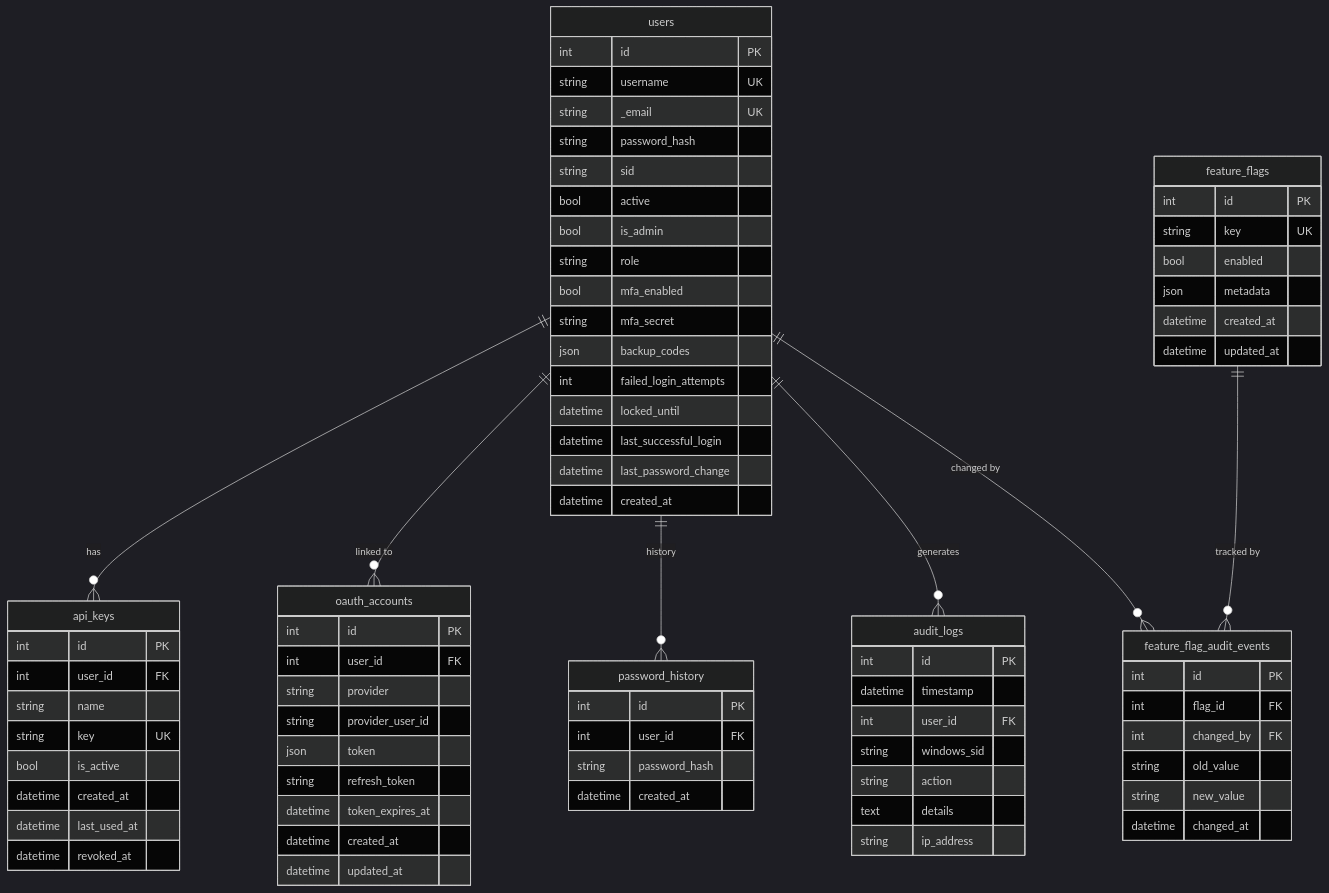
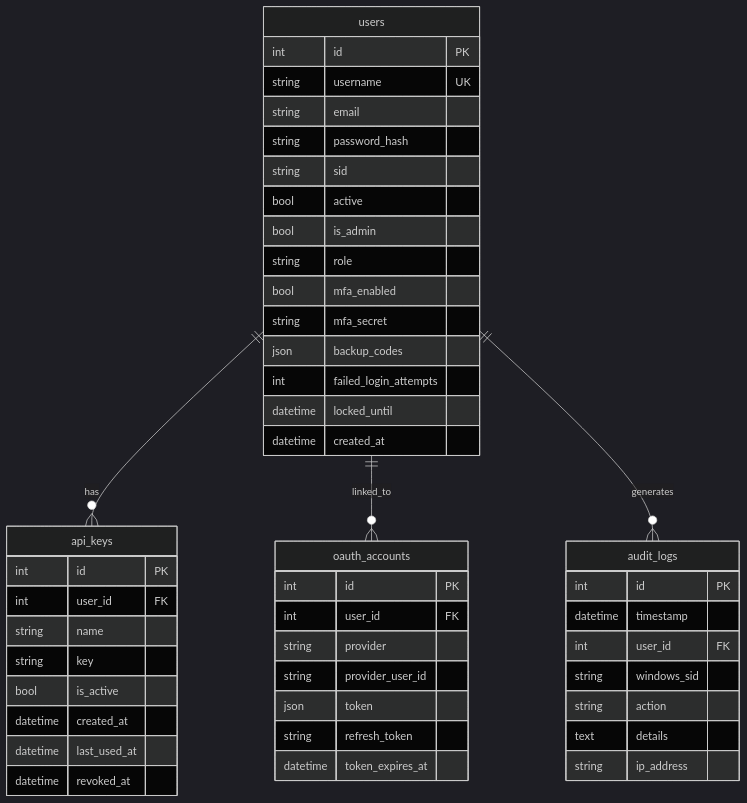
One commit to kherrera6219/DataLogicEngine changed the second of 5 diagrams in docs/DATABASE_SCHEMA.md. Above: the diagram before and after it, drawn with Mermaid (dark theme). The commit also changed other lines of this file, not shown here.

Commit message:
docs: refresh database schema for multi-store architecture

````diff
--- a/docs/DATABASE_SCHEMA.md
+++ b/docs/DATABASE_SCHEMA.md
@@ -90,7 +137,7 @@
     users {
         int id PK
         string username UK
-        string _email UK
+        string email
         string password_hash
         string sid
         bool active
@@ -101,8 +148,6 @@
         json backup_codes
         int failed_login_attempts
         datetime locked_until
-        datetime last_successful_login
-        datetime last_password_change
         datetime created_at
     }
 
@@ -110,7 +155,7 @@
         int id PK
         int user_id FK
         string name
-        string key UK
+        string key
         bool is_active
         datetime created_at
         datetime last_used_at
@@ -125,15 +170,6 @@
         json token
         string refresh_token
         datetime token_expires_at
-        datetime created_at
-        datetime updated_at
-    }
-
-    password_history {
-        int id PK
-        int user_id FK
-        string password_hash
-        datetime created_at
     }
 
     audit_logs {
@@ -146,28 +182,7 @@
         string ip_address
     }
 
-    feature_flags {
-        int id PK
-        string key UK
-        bool enabled
-        json metadata
-        datetime created_at
-        datetime updated_at
-    }
-
-    feature_flag_audit_events {
-        int id PK
-        int flag_id FK
-        int changed_by FK
-        string old_value
-        string new_value
-        datetime changed_at
-    }
-
-    users ||--o{ api_keys : "has"
-    users ||--o{ oauth_accounts : "linked to"
-    users ||--o{ password_history : "history"
-    users ||--o{ audit_logs : "generates"
-    feature_flags ||--o{ feature_flag_audit_events : "tracked by"
-    users ||--o{ feature_flag_audit_events : "changed by"
+    users ||--o{ api_keys : has
+    users ||--o{ oauth_accounts : linked_to
+    users ||--o{ audit_logs : generates
 ```
````
